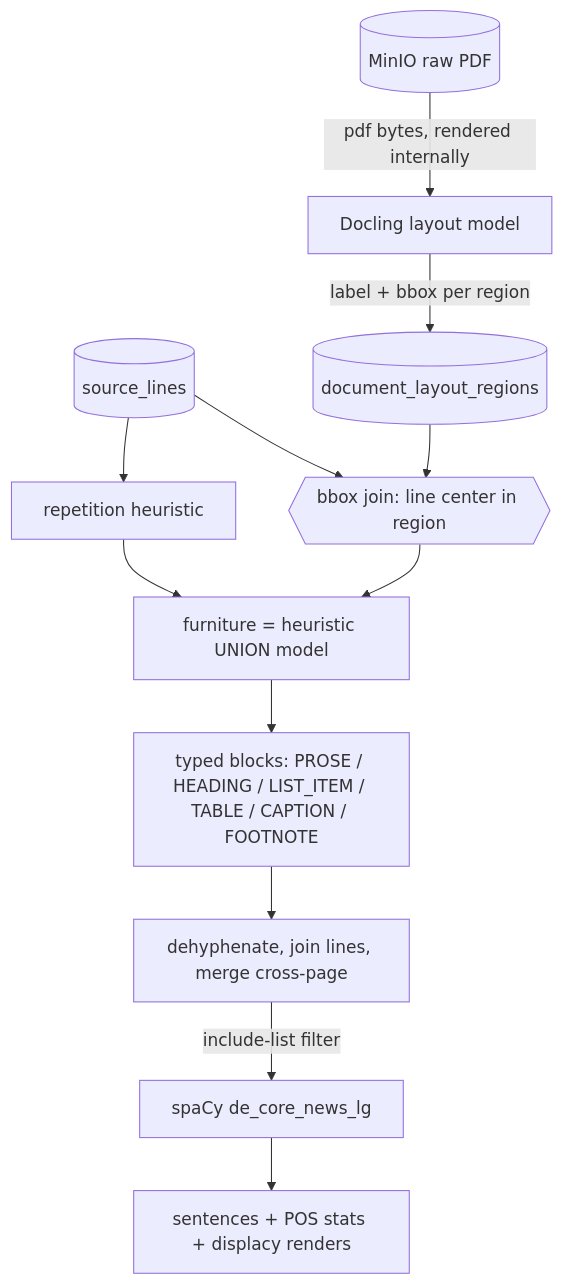
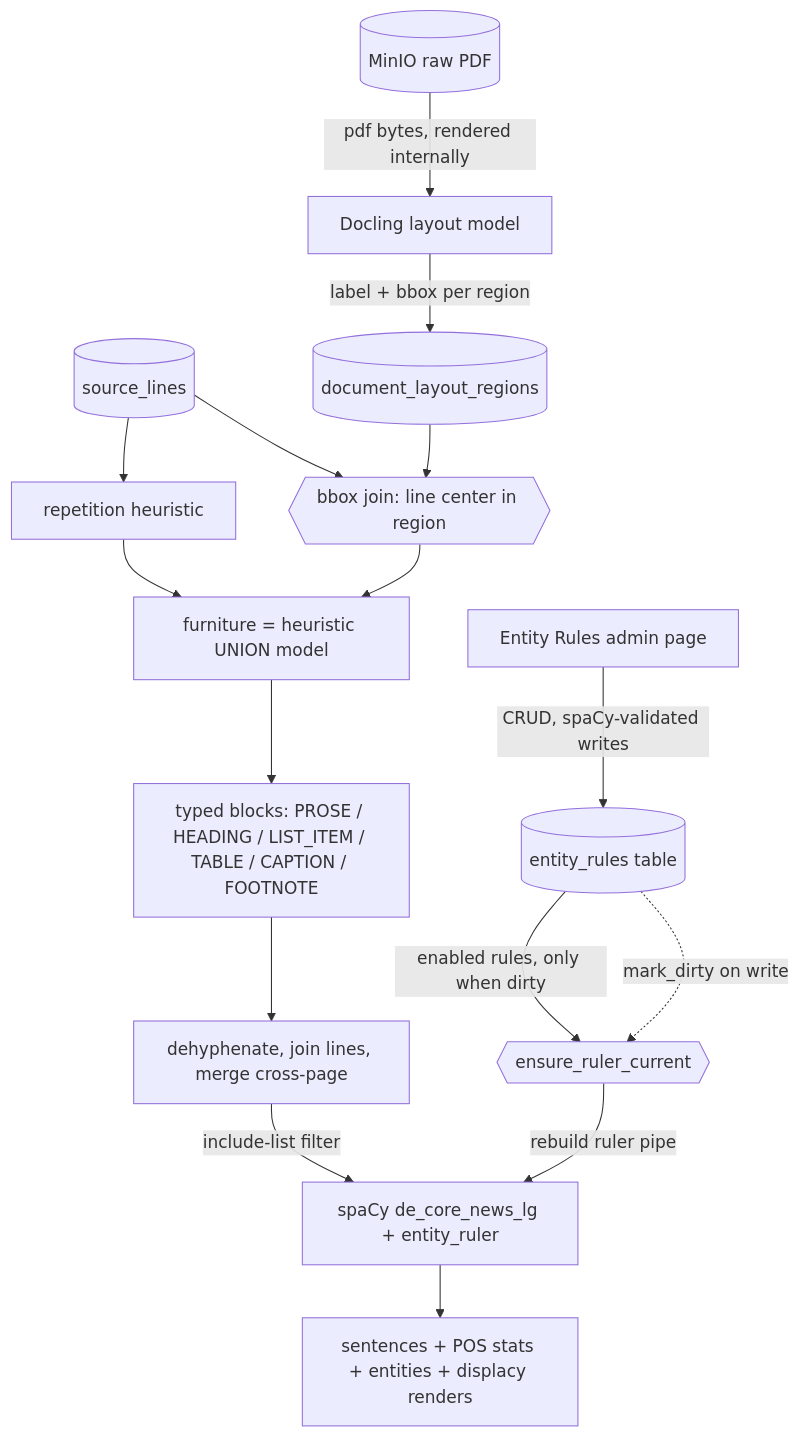
Before and after one commit to arthurshen74/strassenbau-vergabe-assistant: the sixth of 6 diagrams in AI_ARCHITECTURE.md, drawn with Mermaid. The commit also changed other lines of this file and 43 other files, not shown here.

````diff
--- a/AI_ARCHITECTURE.md
+++ b/AI_ARCHITECTURE.md
@@ -320,14 +321,18 @@
 ```mermaid
 flowchart TD
     PDF[(MinIO raw PDF)] -->|pdf bytes, rendered internally| DOCLING[Docling layout model]
     DOCLING -->|label + bbox per region| REGCACHE[(document_layout_regions)]
     DB[(source_lines)] --> JOIN
     REGCACHE --> JOIN{{bbox join: line center in region}}
     DB --> HEUR[repetition heuristic]
     HEUR --> FURN[furniture = heuristic UNION model]
     JOIN --> FURN
     FURN --> BLOCKS[typed blocks: PROSE / HEADING / LIST_ITEM / TABLE / CAPTION / FOOTNOTE]
     BLOCKS --> REFLOW[dehyphenate, join lines, merge cross-page]
-    REFLOW -->|include-list filter| SPACY[spaCy de_core_news_lg]
-    SPACY --> OUT[sentences + POS stats + displacy renders]
+    REFLOW -->|include-list filter| SPACY[spaCy de_core_news_lg + entity_ruler]
+    RULES[(entity_rules table)] -->|enabled rules, only when dirty| ENSURE{{ensure_ruler_current}}
+    ADMIN[Entity Rules admin page] -->|CRUD, spaCy-validated writes| RULES
+    RULES -.->|mark_dirty on write| ENSURE
+    ENSURE -->|rebuild ruler pipe| SPACY
+    SPACY --> OUT[sentences + POS stats + entities + displacy renders]
 ```
````
